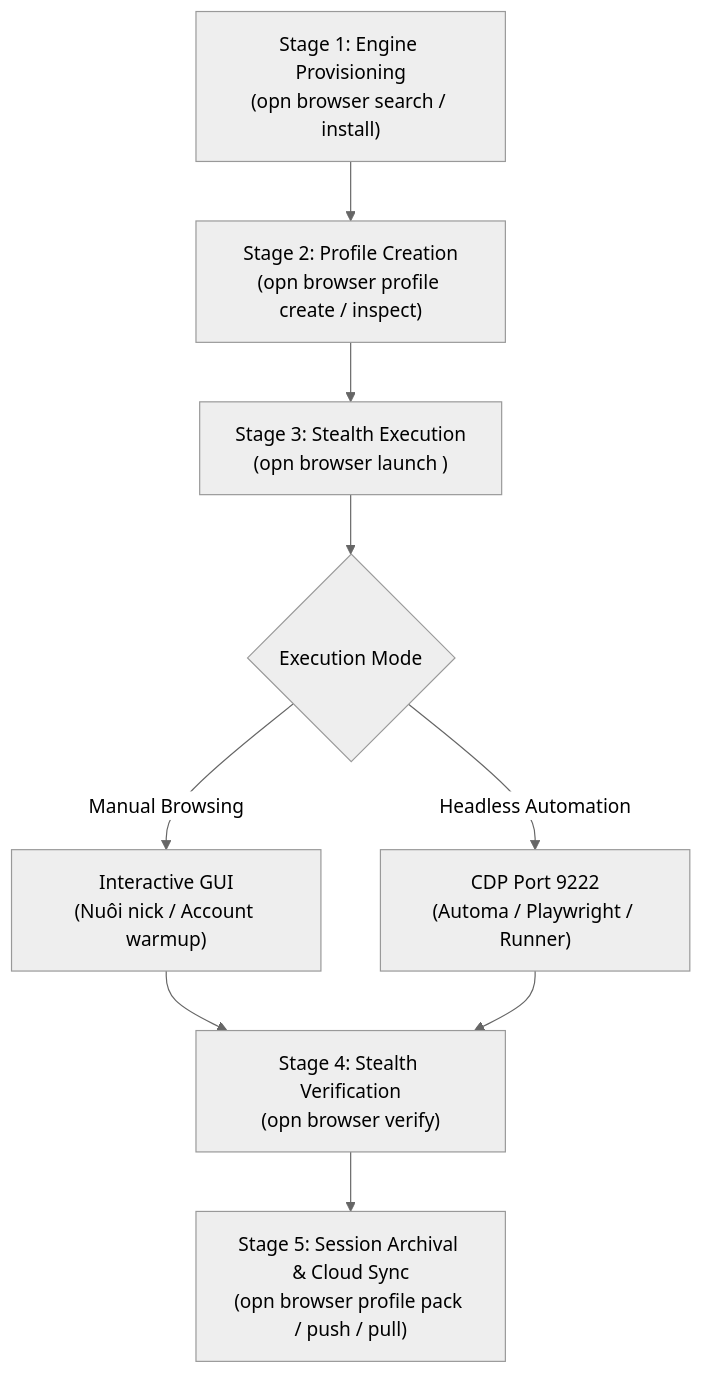
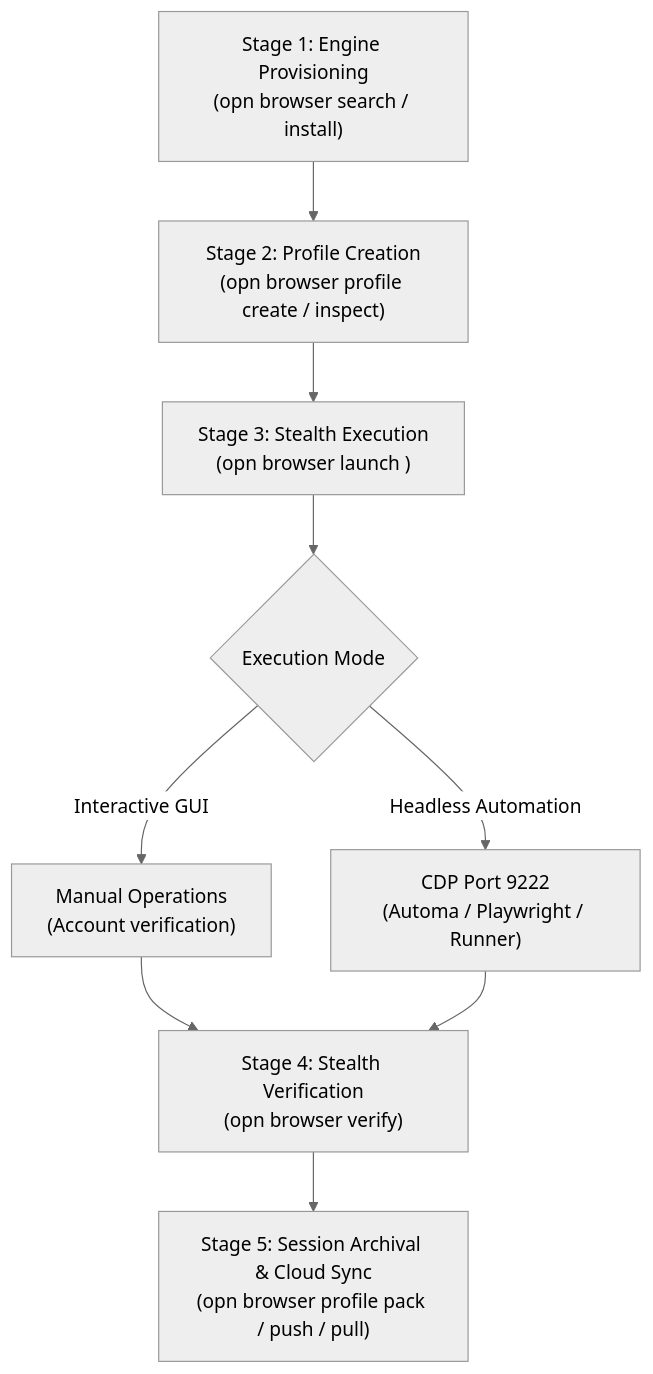
Before and after one commit to tuquet/operon: the diagram in docs/en/browser/index.md, drawn with Mermaid (neutral theme). The commit also changed other lines of this file and 3 other files, not shown here.

````diff
--- a/docs/en/browser/index.md
+++ b/docs/en/browser/index.md
@@ -63,11 +48,11 @@
 ```mermaid
 flowchart TD
     A["Stage 1: Engine Provisioning\n(opn browser search / install)"] --> B["Stage 2: Profile Creation\n(opn browser profile create / inspect)"]
     B --> C["Stage 3: Stealth Execution\n(opn browser launch <profile>)"]
     C --> D{"Execution Mode"}
-    D -->|"Manual Browsing"| E["Interactive GUI\n(Nuôi nick / Account warmup)"]
+    D -->|"Interactive GUI"| E["Manual Operations\n(Account verification)"]
     D -->|"Headless Automation"| F["CDP Port 9222\n(Automa / Playwright / Runner)"]
     E --> G["Stage 4: Stealth Verification\n(opn browser verify)"]
     F --> G
     G --> H["Stage 5: Session Archival & Cloud Sync\n(opn browser profile pack / push / pull)"]
 ```
````
